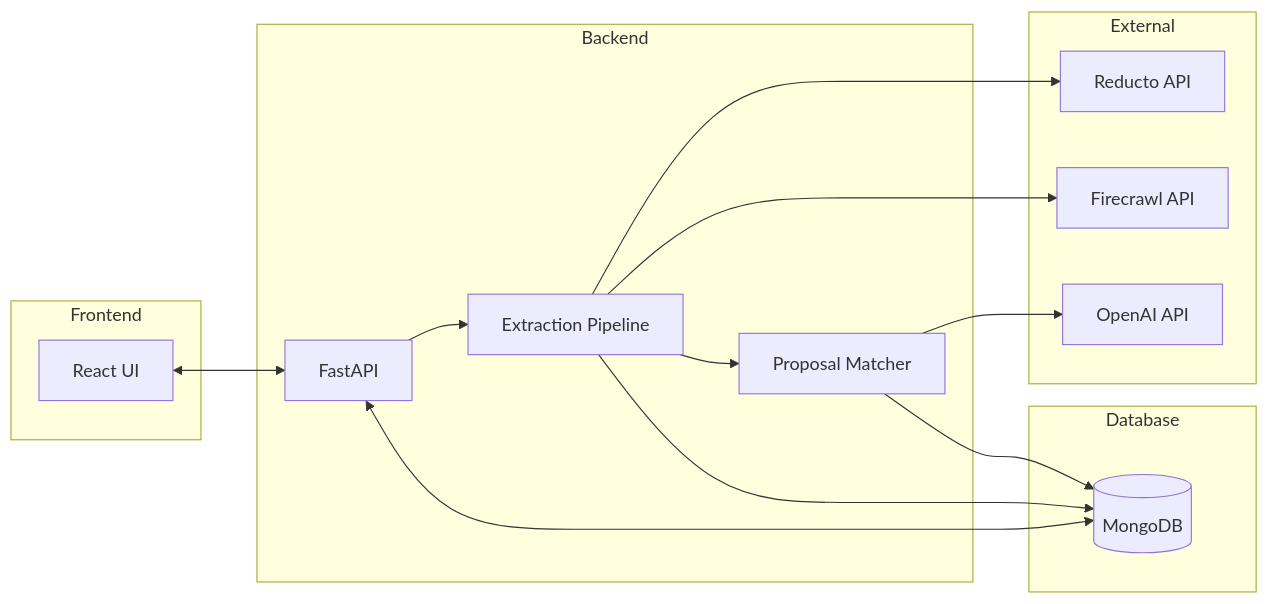
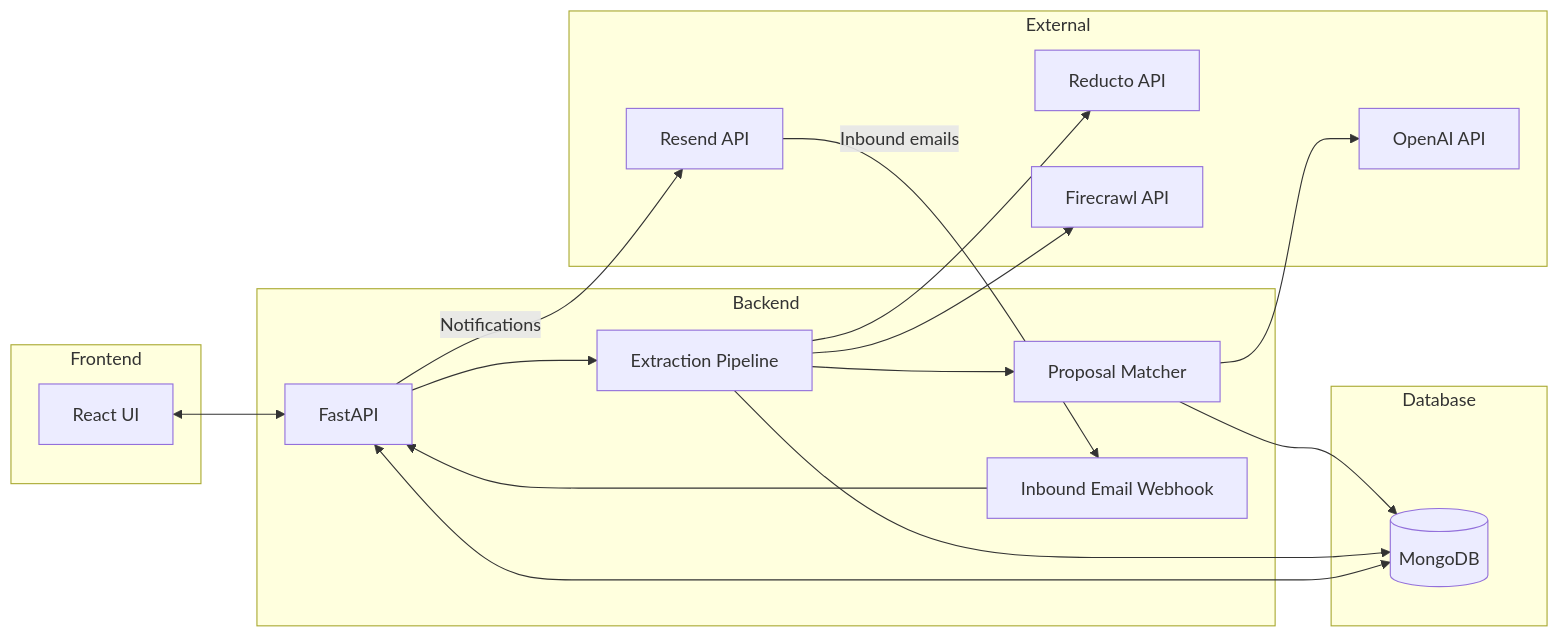
Before and after one commit to YCStackathon/vibe-gtm: the third of 3 diagrams in docs/PROPOSALS_FLOW.md, drawn with Mermaid. The commit also changed other lines of this file, not shown here.

First line of the commit message:
docs(proposals): add Resend to architecture and update email flow

````diff
--- a/docs/PROPOSALS_FLOW.md
+++ b/docs/PROPOSALS_FLOW.md
@@ -259,34 +262,40 @@
 ```mermaid
 flowchart LR
     subgraph Frontend
         UI[React UI]
     end
 
     subgraph Backend
         API[FastAPI]
         Pipeline[Extraction Pipeline]
         Matcher[Proposal Matcher]
+        Webhook[Inbound Email Webhook]
     end
 
     subgraph External
         Reducto[Reducto API]
         Firecrawl[Firecrawl API]
         OpenAI[OpenAI API]
+        Resend[Resend API]
     end
 
     subgraph Database
         MongoDB[(MongoDB)]
     end
 
     UI <--> API
     API --> Pipeline
     Pipeline --> Matcher
 
     Pipeline --> Firecrawl
     Pipeline --> Reducto
     Matcher --> OpenAI
 
+    Resend -->|Inbound emails| Webhook
+    Webhook --> API
+    API -->|Notifications| Resend
+
     API <--> MongoDB
     Pipeline --> MongoDB
     Matcher --> MongoDB
 ```
````
